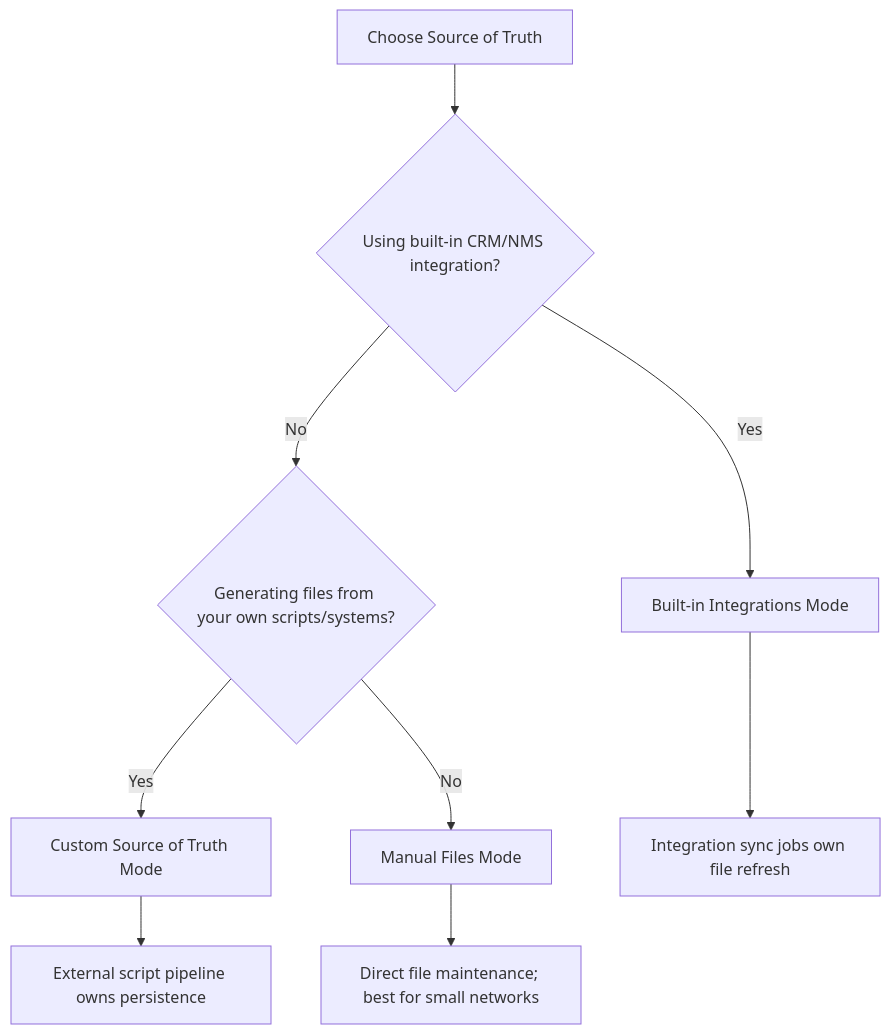
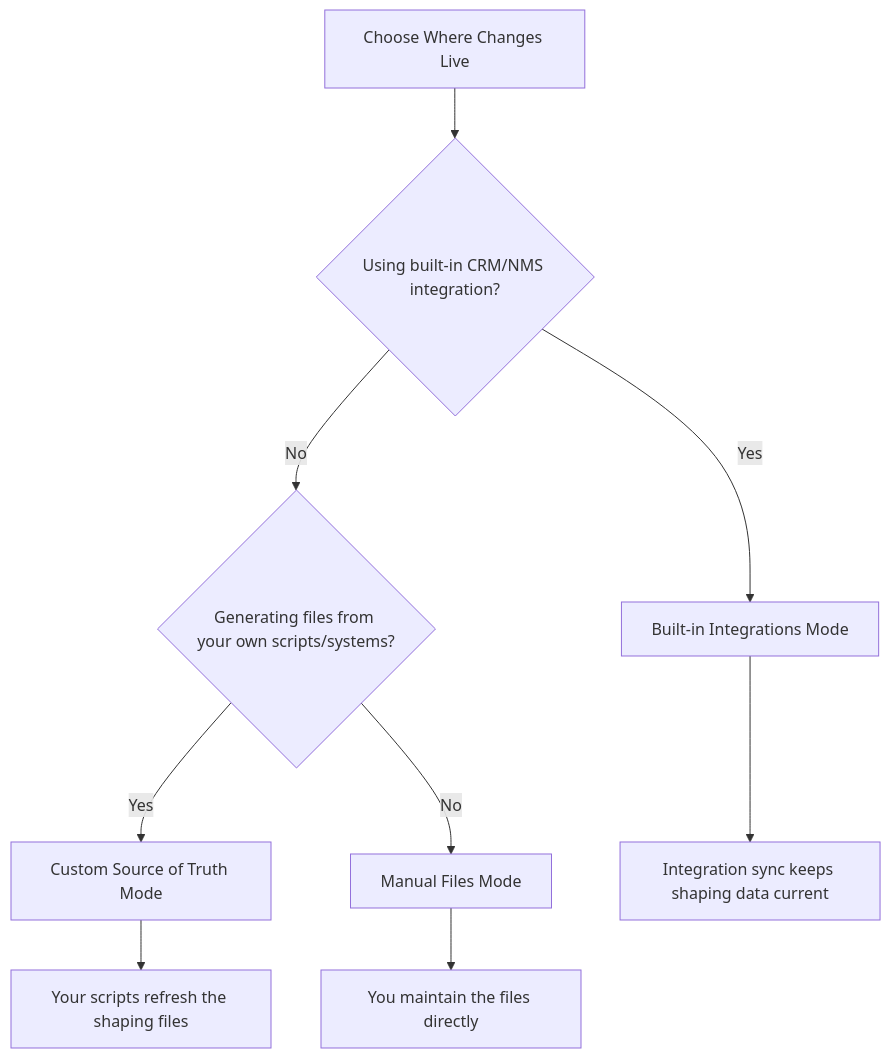
The diagram in docs/v2.0/operating-modes.md (LibreQoE/LibreQoS), drawn with Mermaid before and after one commit. The commit also changed other lines of this file and 129 other files, not shown here.

````diff
--- a/docs/v2.0/operating-modes.md
+++ b/docs/v2.0/operating-modes.md
@@ -9,11 +9,11 @@
 ```{mermaid}
 flowchart TD
-    A[Choose Source of Truth] --> B{Using built-in CRM/NMS integration?}
+    A[Choose Where Changes Live] --> B{Using built-in CRM/NMS integration?}
     B -->|Yes| C[Built-in Integrations Mode]
     B -->|No| D{Generating files from your own scripts/systems?}
     D -->|Yes| E[Custom Source of Truth Mode]
     D -->|No| F[Manual Files Mode]
-    C --> G[Integration sync jobs own file refresh]
-    E --> H[External script pipeline owns persistence]
-    F --> I[Direct file maintenance; best for small networks]
+    C --> G[Integration sync keeps shaping data current]
+    E --> H[Your scripts refresh the shaping files]
+    F --> I[You maintain the files directly]
 ```
````
